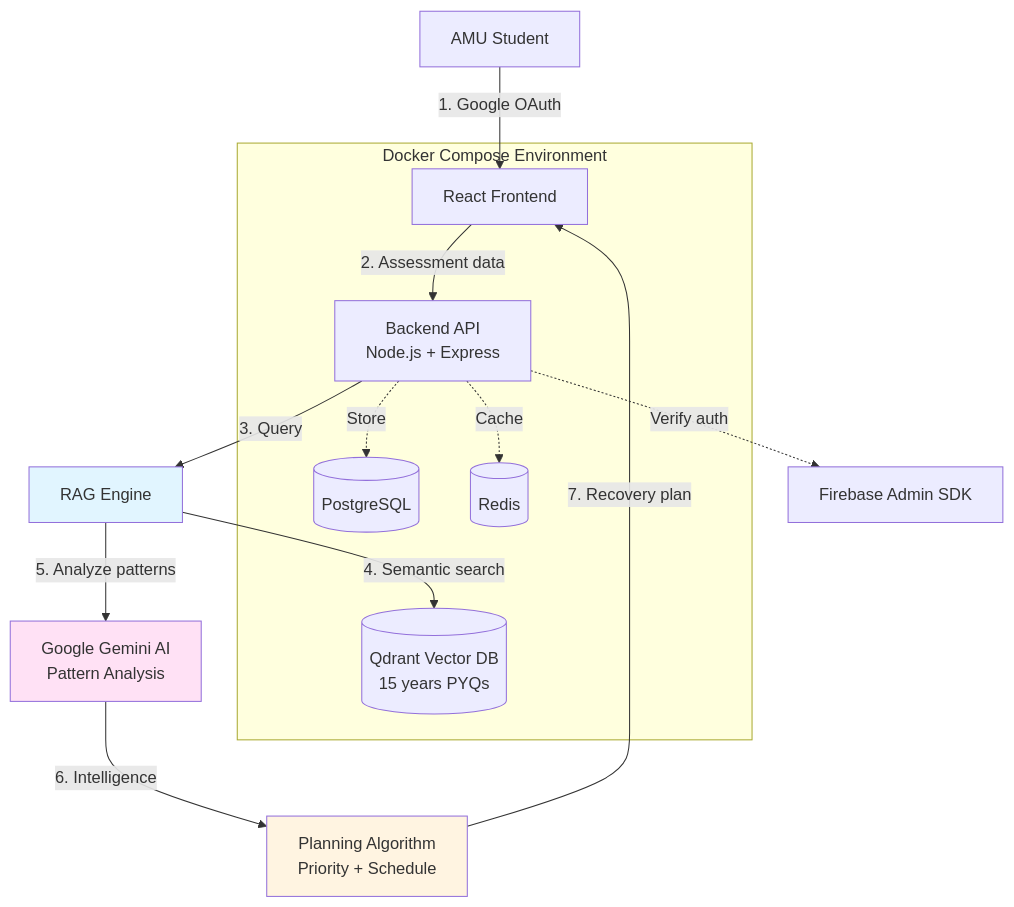
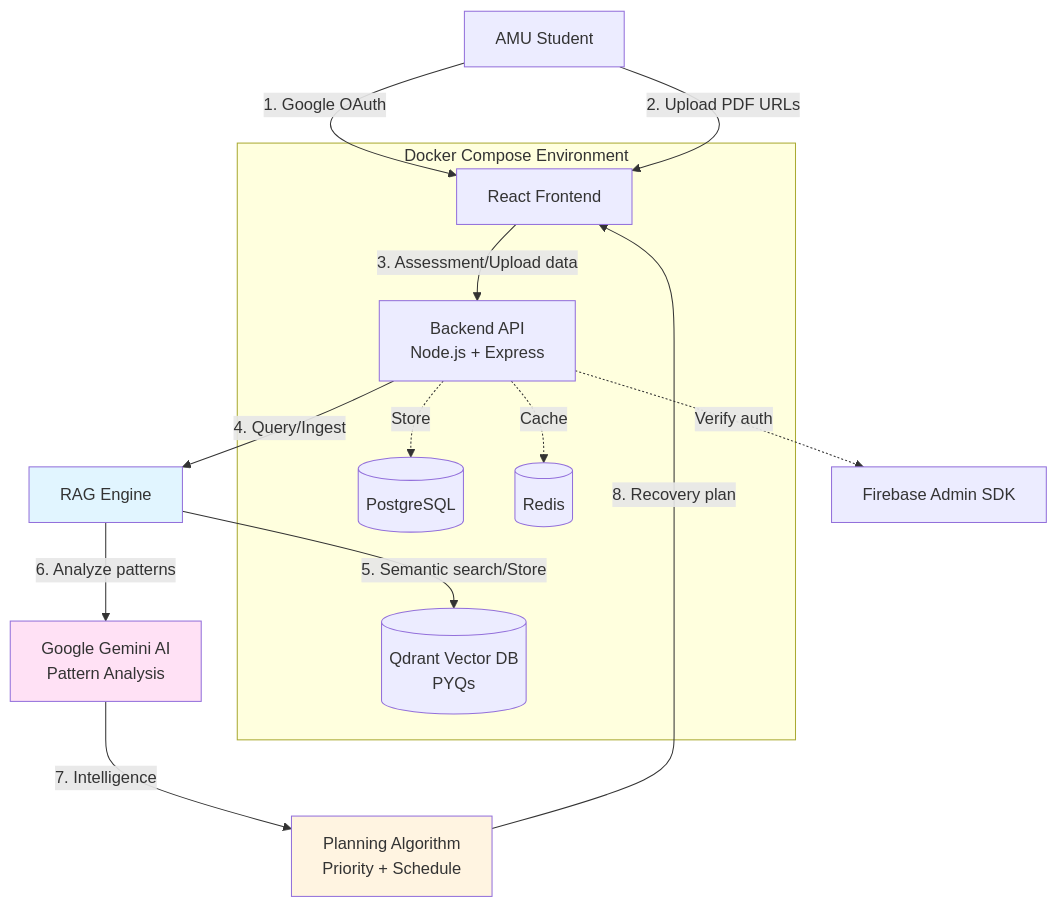
One commit to thebuildguild-dev/TheBuildGuild_AMUHACKS5.0 changed the first of 3 diagrams in README.md. Above: the diagram before and after it, drawn with Mermaid. The commit also changed other lines of this file, not shown here.

````diff
--- a/README.md
+++ b/README.md
@@ -76,32 +76,33 @@
 ```mermaid
 graph TB
     A[AMU Student] -->|1. Google OAuth| B[React Frontend]
+    A -->|2. Upload PDF URLs| B
     
-    B -->|2. Assessment data| C[Backend API<br/>Node.js + Express]
+    B -->|3. Assessment/Upload data| C[Backend API<br/>Node.js + Express]
     
-    C -->|3. Query| D[RAG Engine]
+    C -->|4. Query/Ingest| D[RAG Engine]
     
-    D -->|4. Semantic search| E[(Qdrant Vector DB<br/>15 years PYQs)]
+    D -->|5. Semantic search/Store| E[(Qdrant Vector DB<br/>PYQs)]
     
-    D -->|5. Analyze patterns| F[Google Gemini AI<br/>Pattern Analysis]
+    D -->|6. Analyze patterns| F[Google Gemini AI<br/>Pattern Analysis]
     
-    F -->|6. Intelligence| G[Planning Algorithm<br/>Priority + Schedule]
+    F -->|7. Intelligence| G[Planning Algorithm<br/>Priority + Schedule]
     
-    G -->|7. Recovery plan| B
+    G -->|8. Recovery plan| B
     
     C -.->|Store| H[(PostgreSQL)]
     C -.->|Cache| I[(Redis)]
     C -.->|Verify auth| J[Firebase Admin SDK]
     
     subgraph "Docker Compose Environment"
         B
         C
         E
         H
         I
     end
     
     style D fill:#e1f5ff
     style F fill:#ffe1f5
     style G fill:#fff4e1
 ```
````
